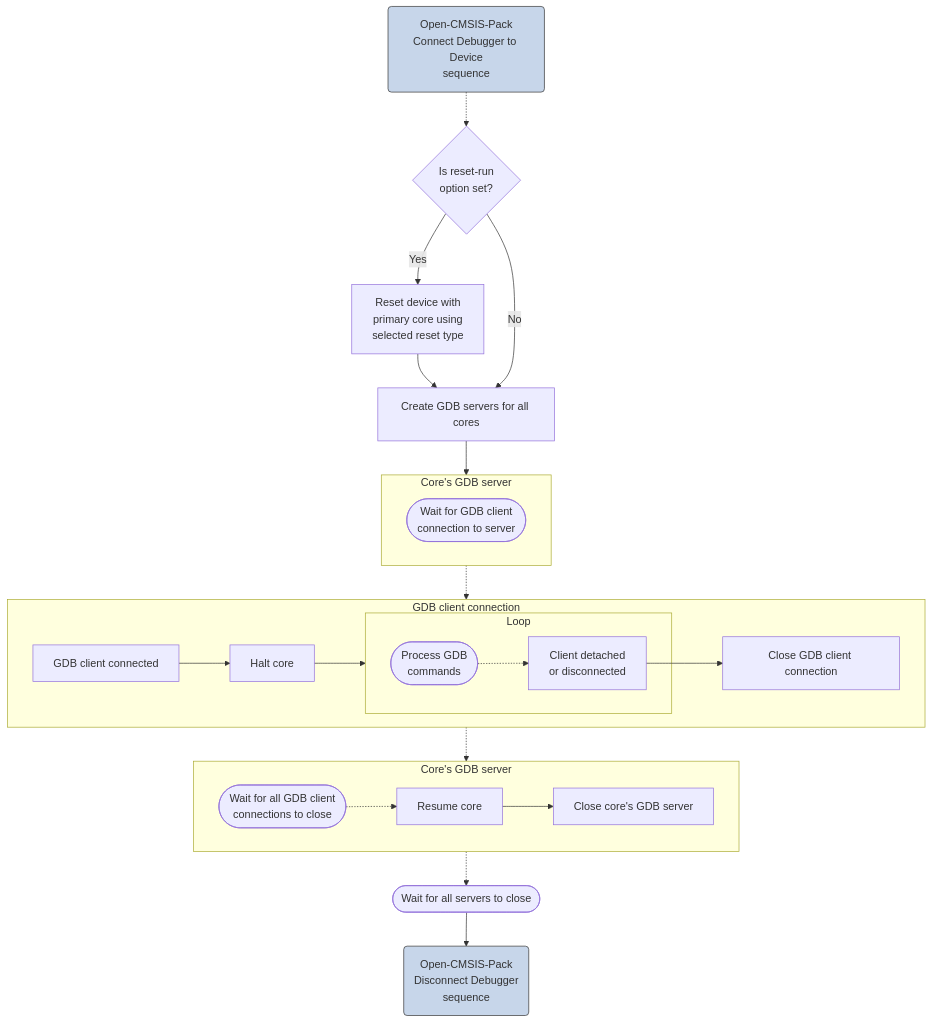
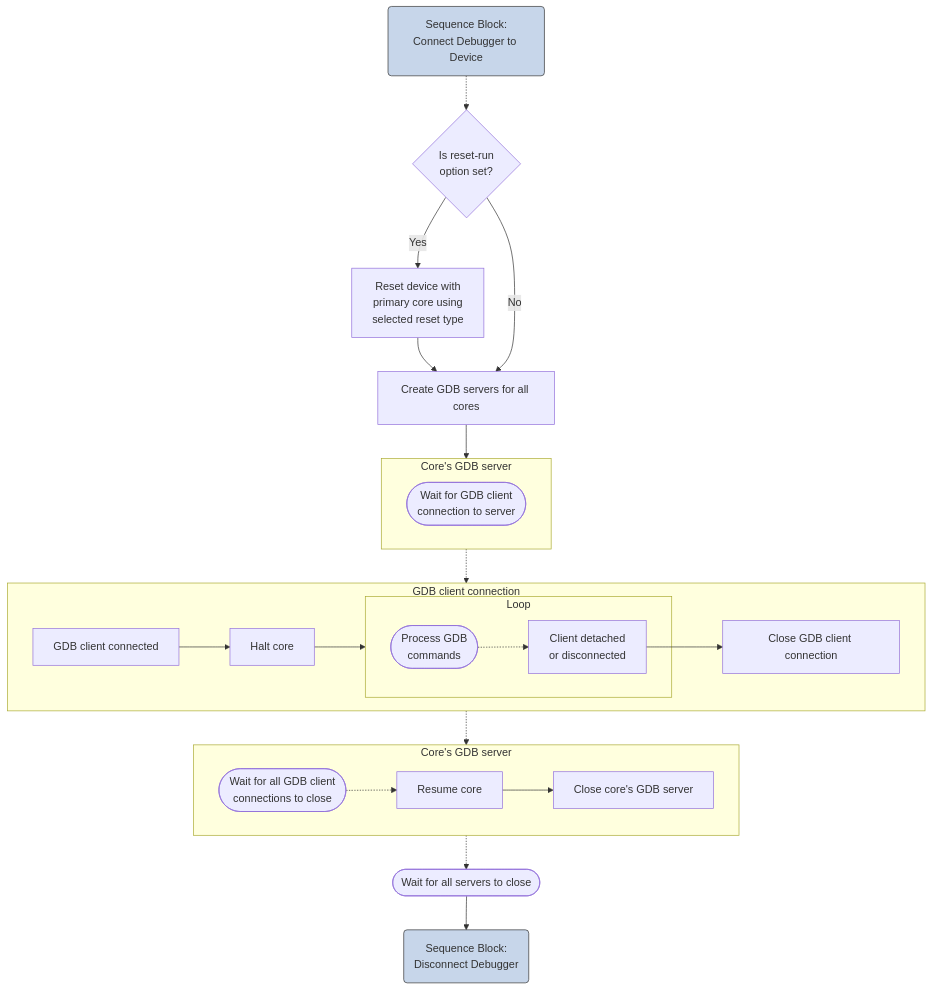
One commit to Open-CMSIS-Pack/cmsis-toolbox changed the third of 4 diagrams in docs/pyOCD-Debugger.md. Above: the diagram before and after it, drawn with Mermaid. The commit also changed other lines of this file and 11 other files, not shown here.

````diff
--- a/docs/pyOCD-Debugger.md
+++ b/docs/pyOCD-Debugger.md
@@ -620,37 +745,37 @@
 ```mermaid
 flowchart TD
   classDef seq fill:#c7d6ea,stroke:#333;
 
-  B0(Open-CMSIS-Pack<br>Connect Debugger to Device<br>sequence):::seq
+  B0(Sequence Block:<br>Connect Debugger to Device):::seq
   click B0 "https://open-cmsis-pack.github.io/Open-CMSIS-Pack-Spec/main/html/debug_description.html#usage_of_sequences"
   B0 -.-> B1
   B1{Is reset-run<br>option set?}
   B1 -- Yes --> B2
   B2[Reset device with<br>primary core using<br>selected reset type] --> B3
   B1 -- No --> B3
   B3[Create GDB servers for all cores] --> gdbserver
   subgraph gdbserver[Core's GDB server]
     B4([Wait for GDB client<br>connection to server])
   end
   gdbserver -.-> gdbclient
   subgraph gdbclient[GDB client connection]
     B5[GDB client connected] --> B6
     B6[Halt core] --> loop
     subgraph loop[Loop]
       B7([Process GDB<br>commands]) -.-> B8
       B8[Client detached<br>or disconnected]
     end
     B8 --> B9
     B9[Close GDB client connection]
   end
   gdbclient -.-> gdbserver2
   subgraph gdbserver2[Core's GDB server]
     B10([Wait for all GDB client<br>connections to close]) -.-> B11
     B11[Resume core] --> B12
     B12[Close core's GDB server]
   end
   gdbserver2 -.-> B13
   B13([Wait for all servers to close]) --> B14
-  B14(Open-CMSIS-Pack<br>Disconnect Debugger<br>sequence):::seq
+  B14(Sequence Block:<br>Disconnect Debugger):::seq
   click B14 "https://open-cmsis-pack.github.io/Open-CMSIS-Pack-Spec/main/html/debug_description.html#usage_of_sequences"
 ```
````
